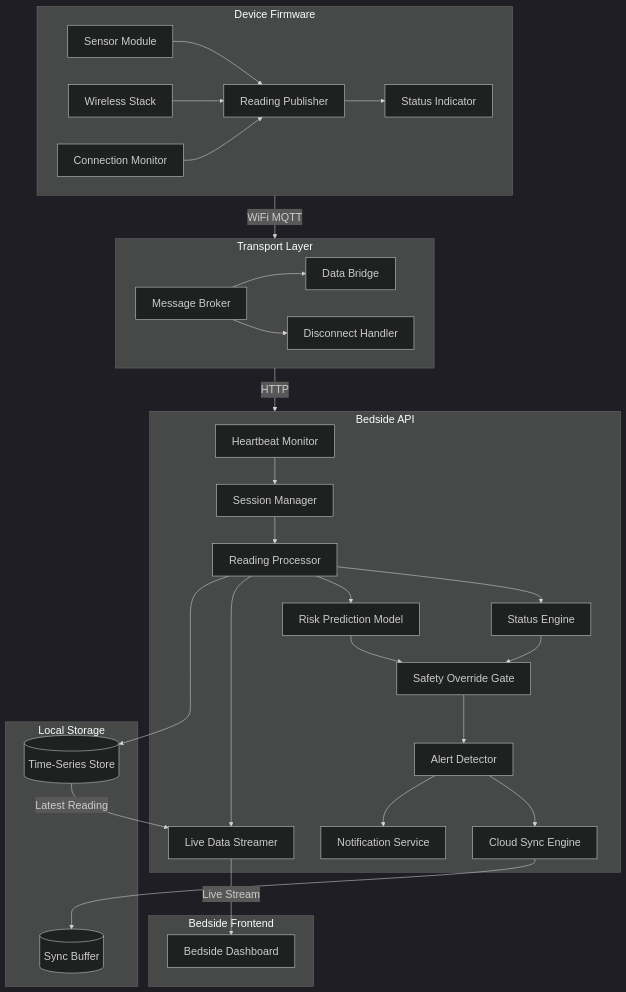
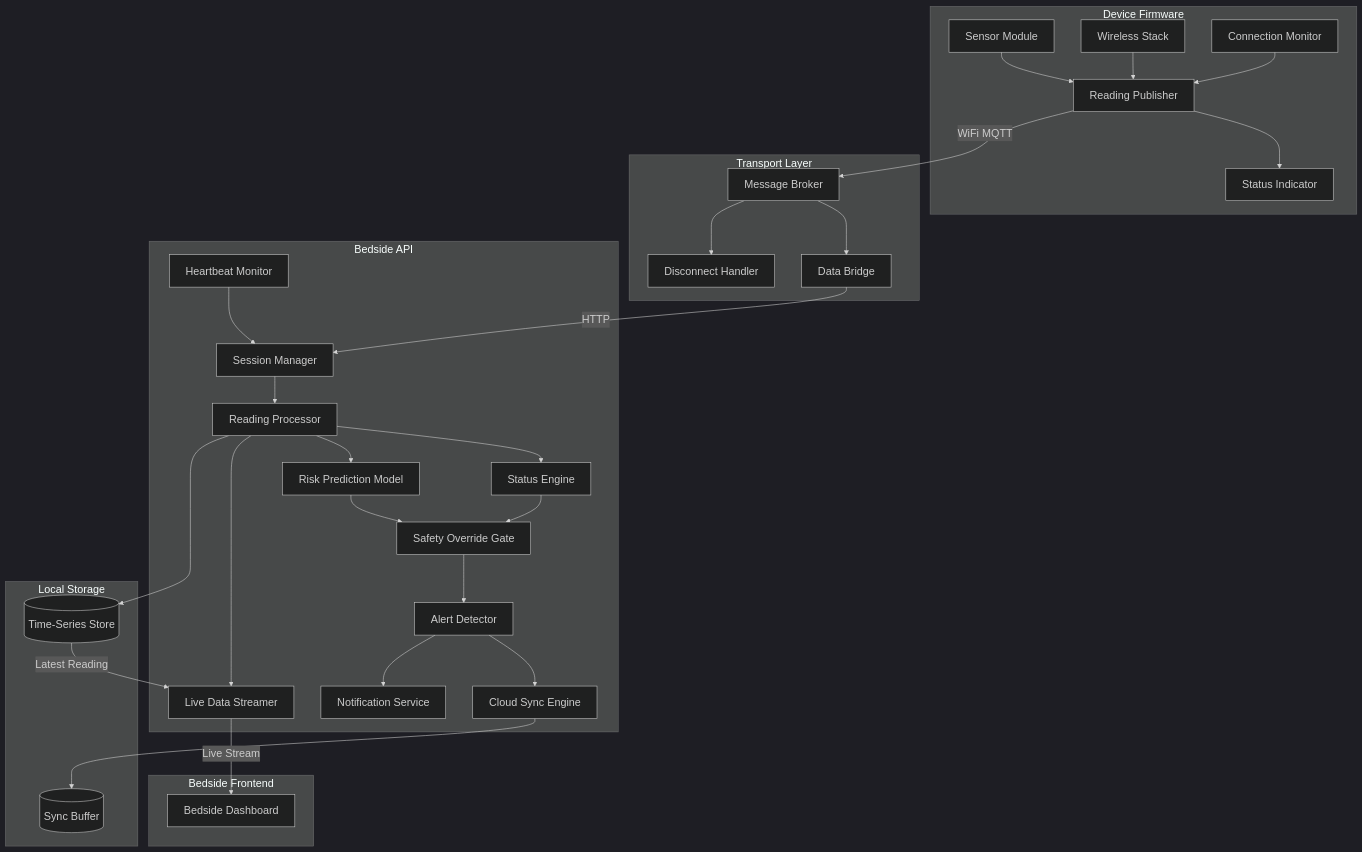
The second of 22 diagrams in mermaid.md (LIANJIAJUN04/FYP2_T88J182_LianJiaJun), drawn with Mermaid before and after one commit. The commit also changed other lines of this file and 2 other files, not shown here.

````diff
--- a/mermaid.md
+++ b/mermaid.md
@@ -61,62 +61,62 @@
 ```mermaid
-%%{init: {'theme': 'dark', 'themeVariables': {'fontSize': '20px'}}}%%
+%%{init: {"theme": "dark", "themeVariables": {"fontSize": "20px"}}}%%
 graph TD
     subgraph FW["Device Firmware"]
         FW1["Sensor Module"]
         FW2["Wireless Stack"]
         FW3["Reading Publisher"]
         FW4["Connection Monitor"]
         FW5["Status Indicator"]
         FW1 --> FW3
         FW2 --> FW3
         FW4 --> FW3
         FW3 --> FW5
     end
 
     subgraph TRANSPORT["Transport Layer"]
         TR1["Message Broker"]
         TR2["Data Bridge"]
         TR3["Disconnect Handler"]
         TR1 --> TR2
         TR1 --> TR3
     end
 
     subgraph LOCAL_BE["Bedside API"]
         LB10["Heartbeat Monitor"]
         LB9["Session Manager"]
         LB1["Reading Processor"]
         LB2["Status Engine"]
         LB3["Risk Prediction Model"]
         LB4["Safety Override Gate"]
         LB5["Alert Detector"]
         LB6["Cloud Sync Engine"]
         LB7["Notification Service"]
         LB8["Live Data Streamer"]
         LB10 --> LB9
         LB9 --> LB1
         LB1 --> LB2
         LB1 --> LB3
         LB2 --> LB4
         LB3 --> LB4
         LB4 --> LB5
         LB5 --> LB6
         LB5 --> LB7
         LB1 --> LB8
     end
 
     subgraph STORAGE["Local Storage"]
         ST1[("Time-Series Store")]
         ST4[("Sync Buffer")]
     end
 
     subgraph FE["Bedside Frontend"]
         FE1["Bedside Dashboard"]
     end
 
-    FW -->|"WiFi MQTT"| TRANSPORT
-    TRANSPORT -->|"HTTP"| LOCAL_BE
+    FW3 -->|"WiFi MQTT"| TR1
+    TR2 -->|"HTTP"| LB9
     LB1 --> ST1
     LB6 --> ST4
     ST1 -->|"Latest Reading"| LB8
     LB8 -->|"Live Stream"| FE1
 ```
````
